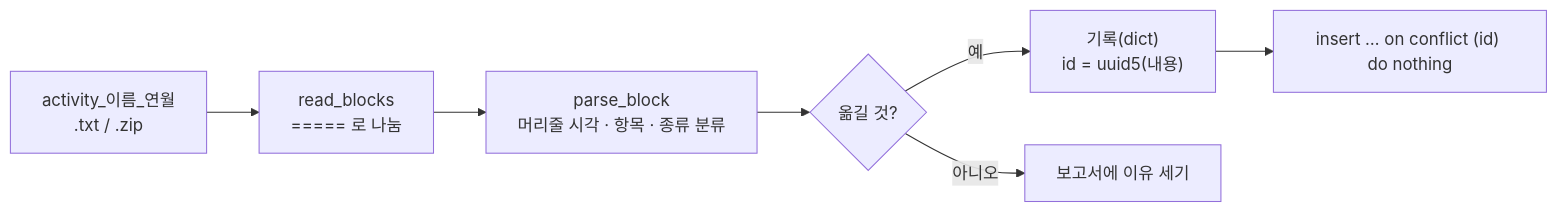
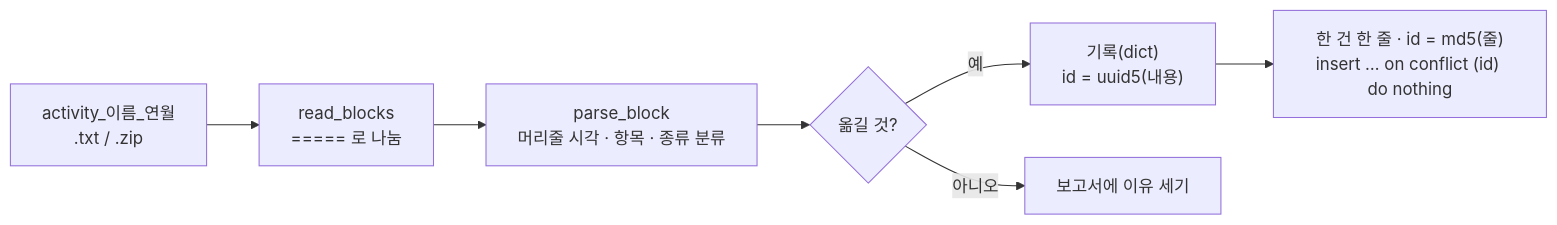
The sixth of 6 diagrams in albam/docs/TECHNICAL.md (rosewein/rosewein.github.com), drawn with Mermaid before and after one commit. The commit also changed other lines of this file and 14 other files, not shown here.

````diff
--- a/albam/docs/TECHNICAL.md
+++ b/albam/docs/TECHNICAL.md
@@ -503,9 +538,9 @@
 ```mermaid
 flowchart LR
   F["activity_이름_연월<br/>.txt / .zip"] --> B["read_blocks<br/>===== 로 나눔"]
   B --> P["parse_block<br/>머리줄 시각 · 항목 · 종류 분류"]
   P --> R{옮길 것?}
   R -- 예 --> E["기록(dict)<br/>id = uuid5(내용)"]
   R -- 아니오 --> REP["보고서에 이유 세기"]
-  E --> SQL["insert … on conflict (id) do nothing"]
+  E --> SQL["한 건 한 줄 · id = md5(줄)<br/>insert … on conflict (id) do nothing"]
 ```
````
